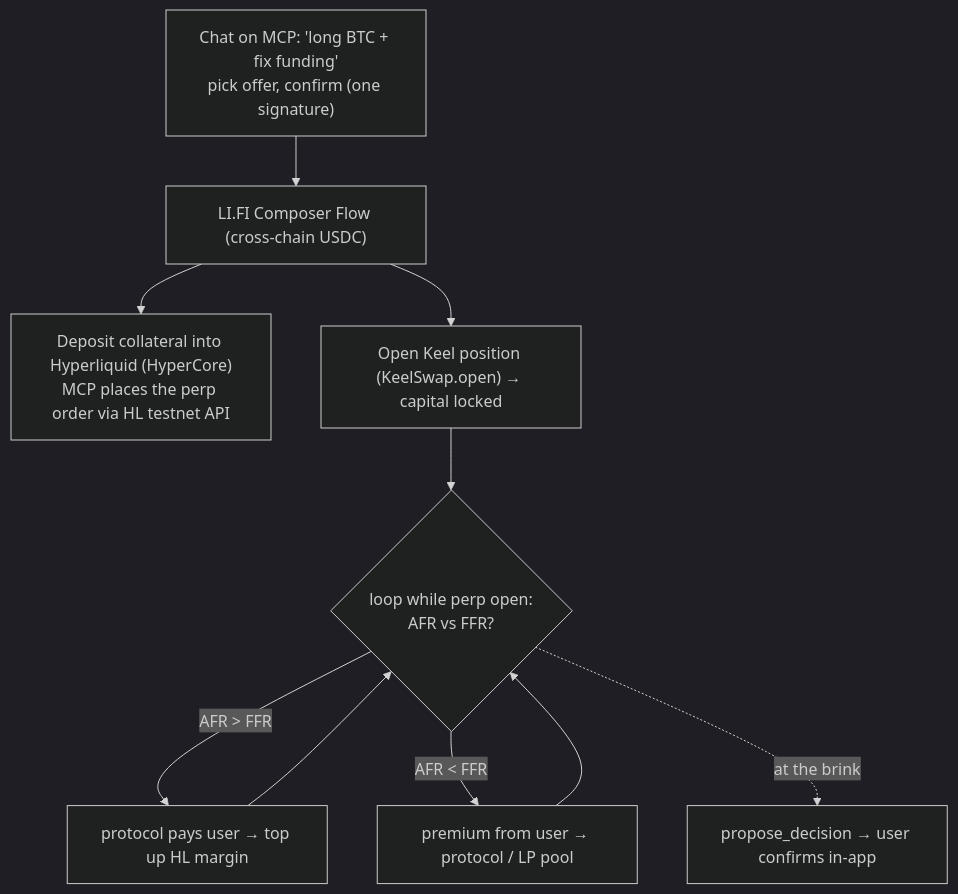
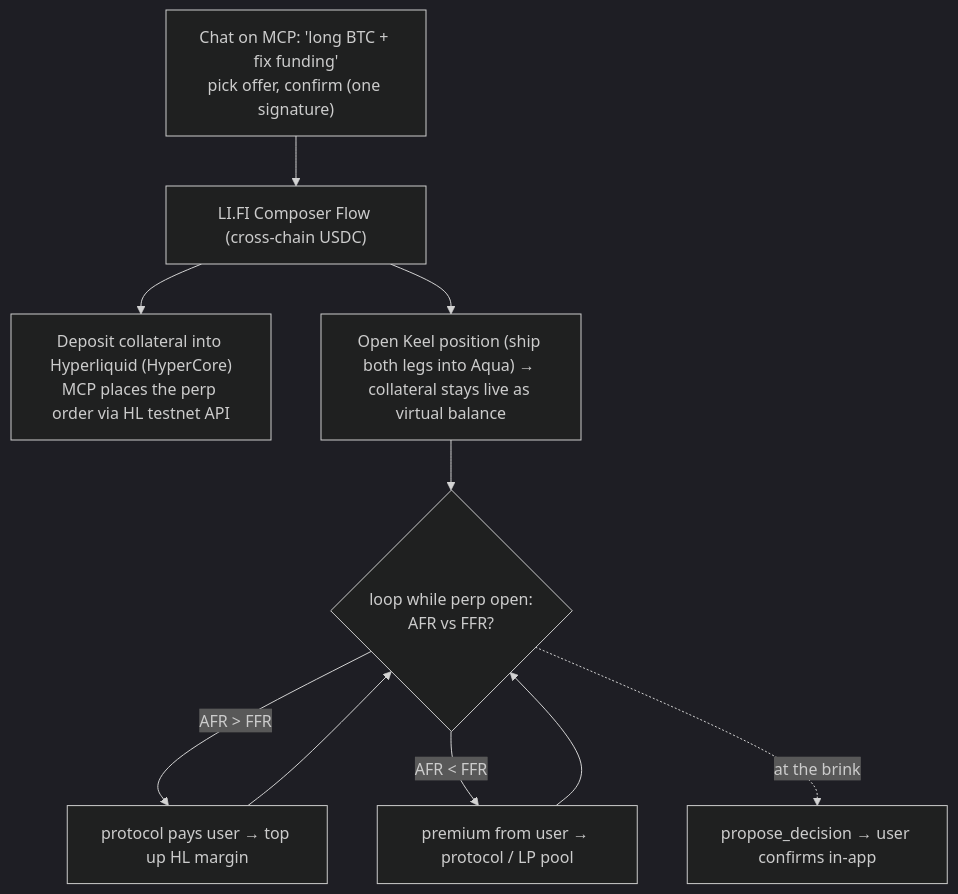
Before and after one commit to 0xYudhishthra/TenorFi: the second of 2 diagrams in docs/design-doc.md, drawn with Mermaid (dark theme). The commit also changed other lines of this file and 8 other files, not shown here.

First line of the commit message:
refactor(contracts): Aqua-only settlement — remove custodial KeelSwap

````diff
--- a/docs/design-doc.md
+++ b/docs/design-doc.md
@@ -151,12 +151,12 @@
 ```mermaid
 flowchart TB
     CHAT["Chat on MCP: 'long BTC + fix funding'<br/>pick offer, confirm (one signature)"] --> FLOW["LI.FI Composer Flow (cross-chain USDC)"]
     FLOW --> DEP["Deposit collateral into Hyperliquid (HyperCore)<br/>MCP places the perp order via HL testnet API"]
-    FLOW --> OPEN["Open Keel position (KeelSwap.open) → capital locked"]
+    FLOW --> OPEN["Open Keel position (ship both legs into Aqua) → collateral stays live as virtual balance"]
     OPEN --> LOOP{"loop while perp open:<br/>AFR vs FFR?"}
     LOOP -->|"AFR > FFR"| UP["protocol pays user → top up HL margin"]
     LOOP -->|"AFR < FFR"| PREM["premium from user → protocol / LP pool"]
     UP --> LOOP
     PREM --> LOOP
     LOOP -.->|at the brink| BRINK["propose_decision → user confirms in-app"]
 ```
````
